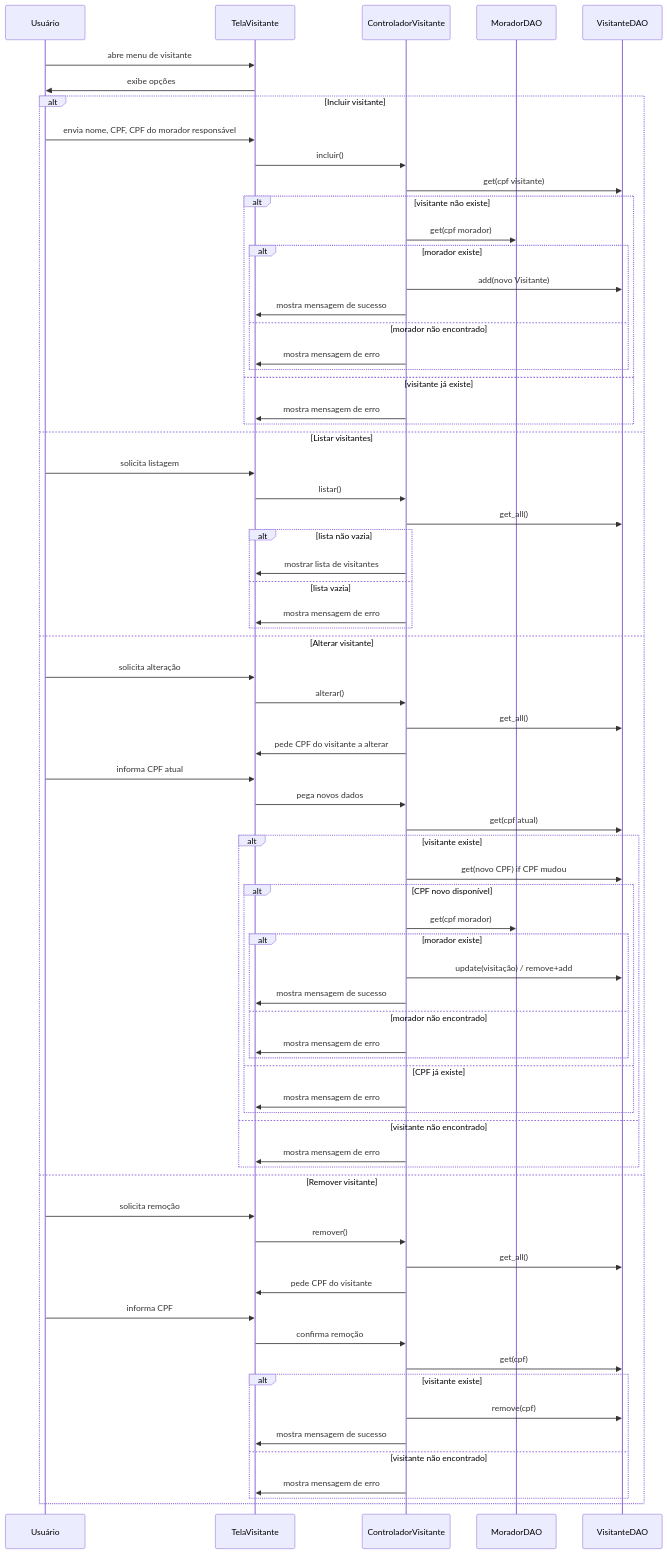
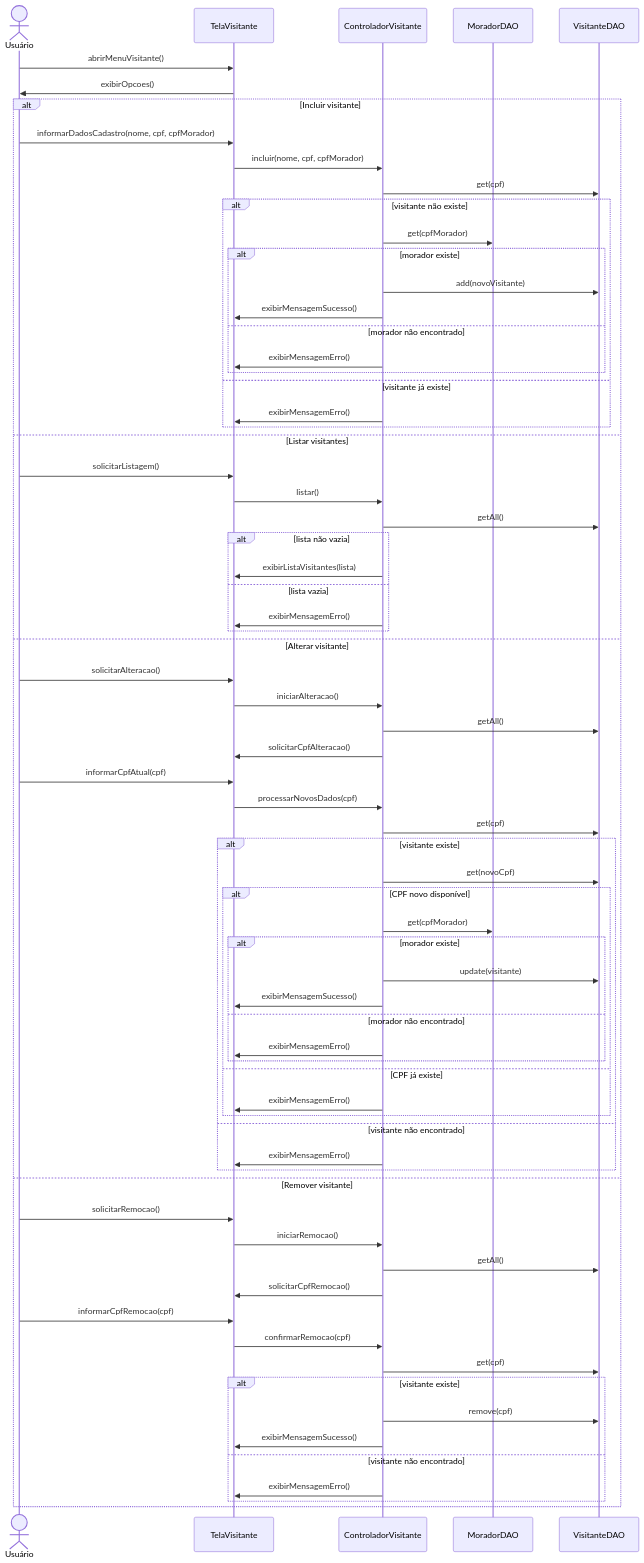
Before and after one commit to TiagoSansao/CondoGate: the diagram in docs/diagrama-sequencia-gerencia-visitante.md, drawn with Mermaid.

````diff
--- a/docs/diagrama-sequencia-gerencia-visitante.md
+++ b/docs/diagrama-sequencia-gerencia-visitante.md
@@ -1,75 +1,76 @@
 ```mermaid
 sequenceDiagram
-    participant Usuário
+    %% Alterado de participant para actor
+    actor Usuário
     participant TelaVisitante
     participant ControladorVisitante
     participant MoradorDAO
     participant VisitanteDAO
 
-    Usuário->>TelaVisitante: abre menu de visitante
-    TelaVisitante->>Usuário: exibe opções
+    Usuário->>TelaVisitante: abrirMenuVisitante()
+    TelaVisitante->>Usuário: exibirOpcoes()
 
     alt Incluir visitante
-        Usuário->>TelaVisitante: envia nome, CPF, CPF do morador responsável
-        TelaVisitante->>ControladorVisitante: incluir()
-        ControladorVisitante->>VisitanteDAO: get(cpf visitante)
+        Usuário->>TelaVisitante: informarDadosCadastro(nome, cpf, cpfMorador)
+        TelaVisitante->>ControladorVisitante: incluir(nome, cpf, cpfMorador)
+        ControladorVisitante->>VisitanteDAO: get(cpf)
         alt visitante não existe
-            ControladorVisitante->>MoradorDAO: get(cpf morador)
+            ControladorVisitante->>MoradorDAO: get(cpfMorador)
             alt morador existe
-                ControladorVisitante->>VisitanteDAO: add(novo Visitante)
-                ControladorVisitante->>TelaVisitante: mostra mensagem de sucesso
+                ControladorVisitante->>VisitanteDAO: add(novoVisitante)
+                ControladorVisitante->>TelaVisitante: exibirMensagemSucesso()
             else morador não encontrado
-                ControladorVisitante->>TelaVisitante: mostra mensagem de erro
+                ControladorVisitante->>TelaVisitante: exibirMensagemErro()
             end
         else visitante já existe
-            ControladorVisitante->>TelaVisitante: mostra mensagem de erro
+            ControladorVisitante->>TelaVisitante: exibirMensagemErro()
         end
     else Listar visitantes
-        Usuário->>TelaVisitante: solicita listagem
+        Usuário->>TelaVisitante: solicitarListagem()
         TelaVisitante->>ControladorVisitante: listar()
-        ControladorVisitante->>VisitanteDAO: get_all()
+        ControladorVisitante->>VisitanteDAO: getAll()
         alt lista não vazia
-            ControladorVisitante->>TelaVisitante: mostrar lista de visitantes
+            ControladorVisitante->>TelaVisitante: exibirListaVisitantes(lista)
         else lista vazia
-            ControladorVisitante->>TelaVisitante: mostra mensagem de erro
+            ControladorVisitante->>TelaVisitante: exibirMensagemErro()
         end
     else Alterar visitante
-        Usuário->>TelaVisitante: solicita alteração
-        TelaVisitante->>ControladorVisitante: alterar()
-        ControladorVisitante->>VisitanteDAO: get_all()  
-        ControladorVisitante->>TelaVisitante: pede CPF do visitante a alterar
-        Usuário->>TelaVisitante: informa CPF atual
-        TelaVisitante->>ControladorVisitante: pega novos dados
-        ControladorVisitante->>VisitanteDAO: get(cpf atual)
+        Usuário->>TelaVisitante: solicitarAlteracao()
+        TelaVisitante->>ControladorVisitante: iniciarAlteracao()
+        ControladorVisitante->>VisitanteDAO: getAll()  
+        ControladorVisitante->>TelaVisitante: solicitarCpfAlteracao()
+        Usuário->>TelaVisitante: informarCpfAtual(cpf)
+        TelaVisitante->>ControladorVisitante: processarNovosDados(cpf)
+        ControladorVisitante->>VisitanteDAO: get(cpf)
         alt visitante existe
-            ControladorVisitante->>VisitanteDAO: get(novo CPF) if CPF mudou
+            ControladorVisitante->>VisitanteDAO: get(novoCpf)
             alt CPF novo disponível
-                ControladorVisitante->>MoradorDAO: get(cpf morador)
+                ControladorVisitante->>MoradorDAO: get(cpfMorador)
                 alt morador existe
-                    ControladorVisitante->>VisitanteDAO: update(visitação) / remove+add
-                    ControladorVisitante->>TelaVisitante: mostra mensagem de sucesso
+                    ControladorVisitante->>VisitanteDAO: update(visitante)
+                    ControladorVisitante->>TelaVisitante: exibirMensagemSucesso()
                 else morador não encontrado
-                    ControladorVisitante->>TelaVisitante: mostra mensagem de erro
+                    ControladorVisitante->>TelaVisitante: exibirMensagemErro()
                 end
             else CPF já existe
-                ControladorVisitante->>TelaVisitante: mostra mensagem de erro
+                ControladorVisitante->>TelaVisitante: exibirMensagemErro()
             end
         else visitante não encontrado
-            ControladorVisitante->>TelaVisitante: mostra mensagem de erro
+            ControladorVisitante->>TelaVisitante: exibirMensagemErro()
         end
     else Remover visitante
-        Usuário->>TelaVisitante: solicita remoção
-        TelaVisitante->>ControladorVisitante: remover()
-        ControladorVisitante->>VisitanteDAO: get_all()
-        ControladorVisitante->>TelaVisitante: pede CPF do visitante
-        Usuário->>TelaVisitante: informa CPF
-        TelaVisitante->>ControladorVisitante: confirma remoção
+        Usuário->>TelaVisitante: solicitarRemocao()
+        TelaVisitante->>ControladorVisitante: iniciarRemocao()
+        ControladorVisitante->>VisitanteDAO: getAll()
+        ControladorVisitante->>TelaVisitante: solicitarCpfRemocao()
+        Usuário->>TelaVisitante: informarCpfRemocao(cpf)
+        TelaVisitante->>ControladorVisitante: confirmarRemocao(cpf)
         ControladorVisitante->>VisitanteDAO: get(cpf)
         alt visitante existe
             ControladorVisitante->>VisitanteDAO: remove(cpf)
-            ControladorVisitante->>TelaVisitante: mostra mensagem de sucesso
+            ControladorVisitante->>TelaVisitante: exibirMensagemSucesso()
         else visitante não encontrado
-            ControladorVisitante->>TelaVisitante: mostra mensagem de erro
+            ControladorVisitante->>TelaVisitante: exibirMensagemErro()
         end
     end
 ```
````
